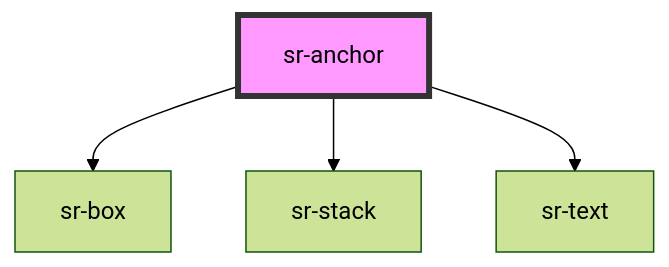
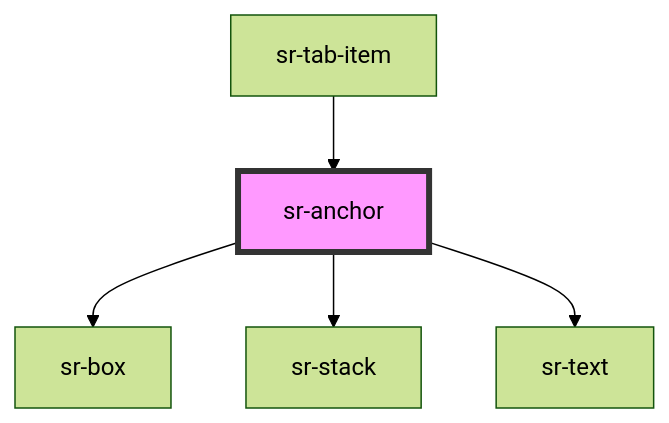
Before and after one commit to tonyblu331/spotify-replay-design-system: the diagram in src/components/nav/sr-anchor/readme.md, drawn with Mermaid (forest theme). The commit also changed other lines of this file and 14 other files, not shown here.

````diff
--- a/src/components/nav/sr-anchor/readme.md
+++ b/src/components/nav/sr-anchor/readme.md
@@ -31,7 +37,8 @@
 ```mermaid
 graph TD;
   sr-anchor --> sr-box
   sr-anchor --> sr-stack
   sr-anchor --> sr-text
+  sr-tab-item --> sr-anchor
   style sr-anchor fill:#f9f,stroke:#333,stroke-width:4px
 ```
````
